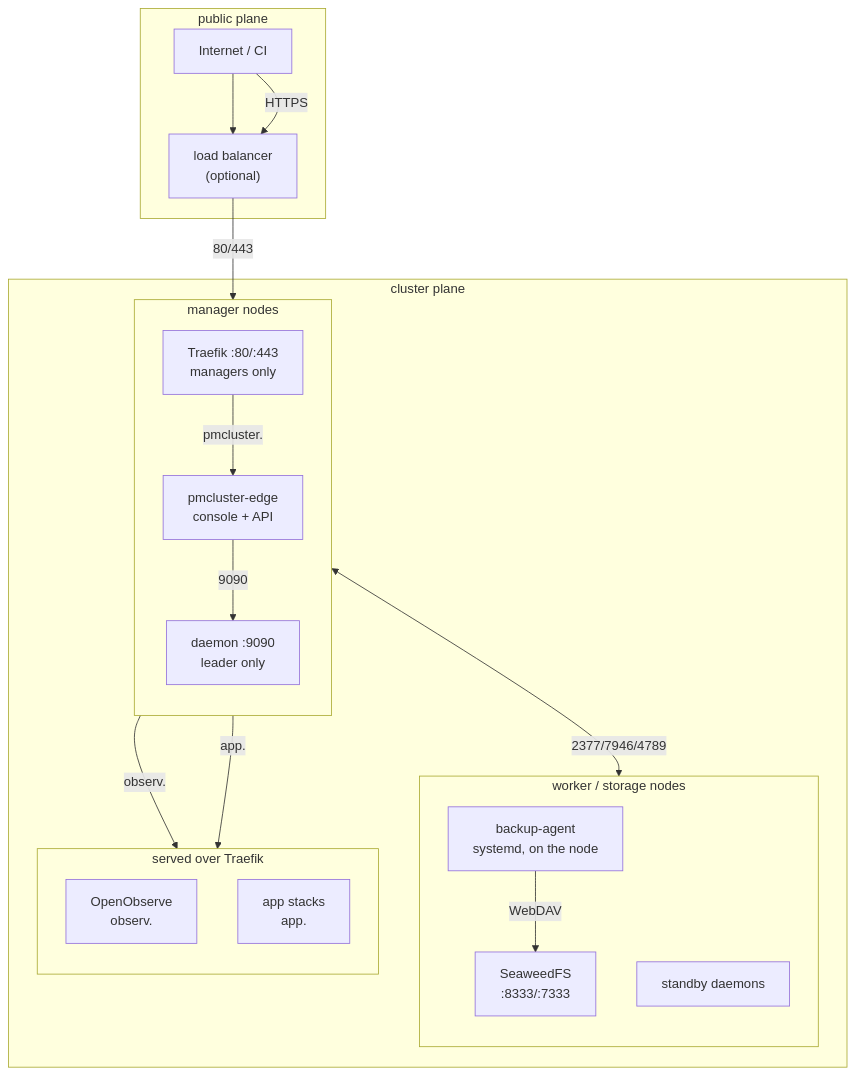
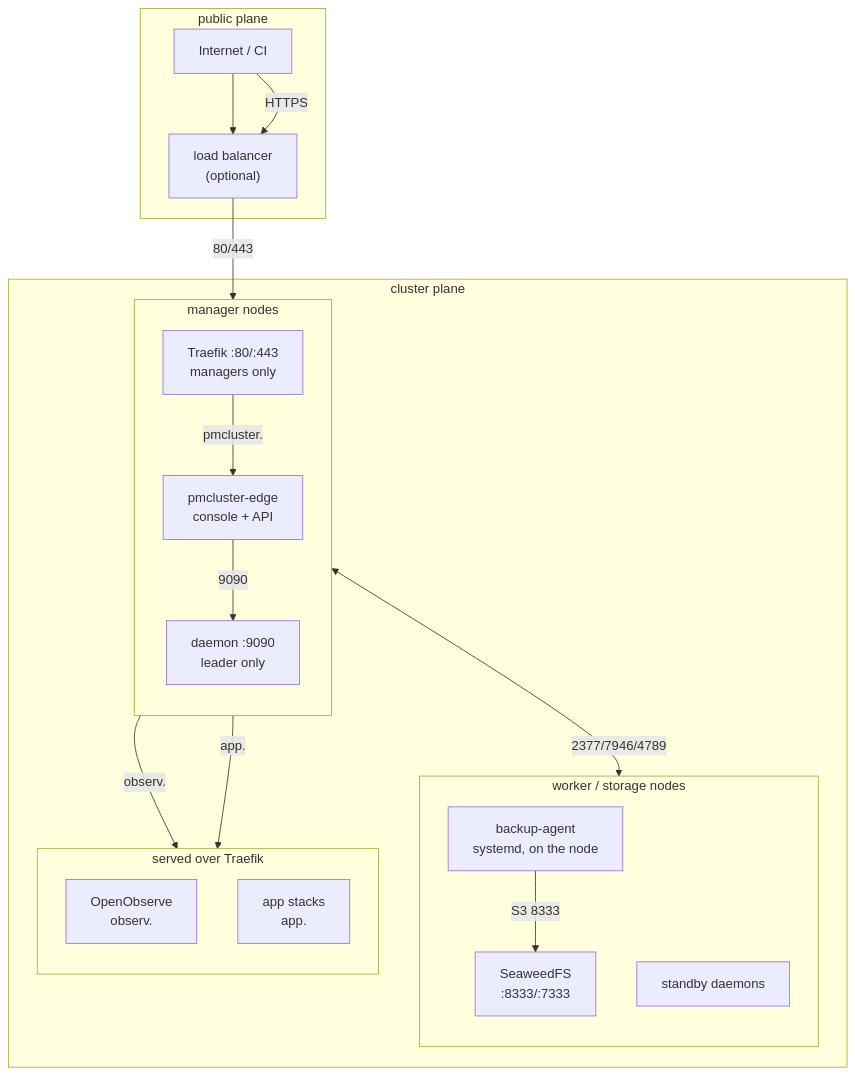
Before and after one commit to hazemarian/poor-man-cluster: the first of 11 diagrams in docs/whitepaper.md, drawn with Mermaid. The commit also changed other lines of this file and 5 other files, not shown here.

````diff
--- a/docs/whitepaper.md
+++ b/docs/whitepaper.md
@@ -61,33 +61,33 @@
 ```mermaid
 flowchart TD
     subgraph PUB["public plane"]
         NET["Internet / CI"] --> LB["load balancer<br/>(optional)"]
     end
     subgraph CLUS["cluster plane"]
         subgraph MG["manager nodes"]
             direction TB
             TR["Traefik :80/:443<br/>managers only"]
             ED["pmcluster-edge<br/>console + API"]
             DM["daemon :9090<br/>leader only"]
         end
         subgraph WK["worker / storage nodes"]
             direction TB
             AG["backup-agent<br/>systemd, on the node"]
             SW["SeaweedFS<br/>:8333/:7333"]
             W["standby daemons"]
         end
         subgraph SRV["served over Traefik"]
             direction TB
             OO["OpenObserve<br/>observ.<domain>"]
             AP["app stacks<br/>app.<domain>"]
         end
     end
     NET -->|"HTTPS"| LB
     LB -->|"80/443"| TR
     TR -->|"pmcluster.<domain>"| ED
     TR -->|"observ.<domain>"| OO
     TR -->|"app.<domain>"| AP
     ED -->|"9090"| DM
     DM <-->|"2377/7946/4789"| W
-    AG -->|"WebDAV"| SW
+    AG -->|"S3 8333"| SW
 ```
````
